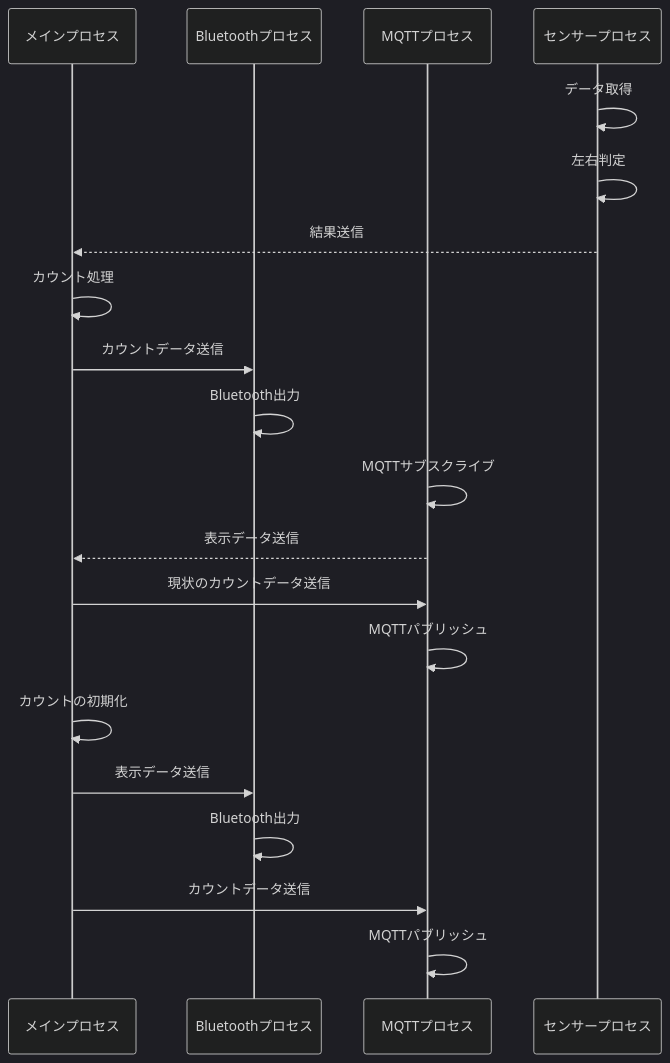
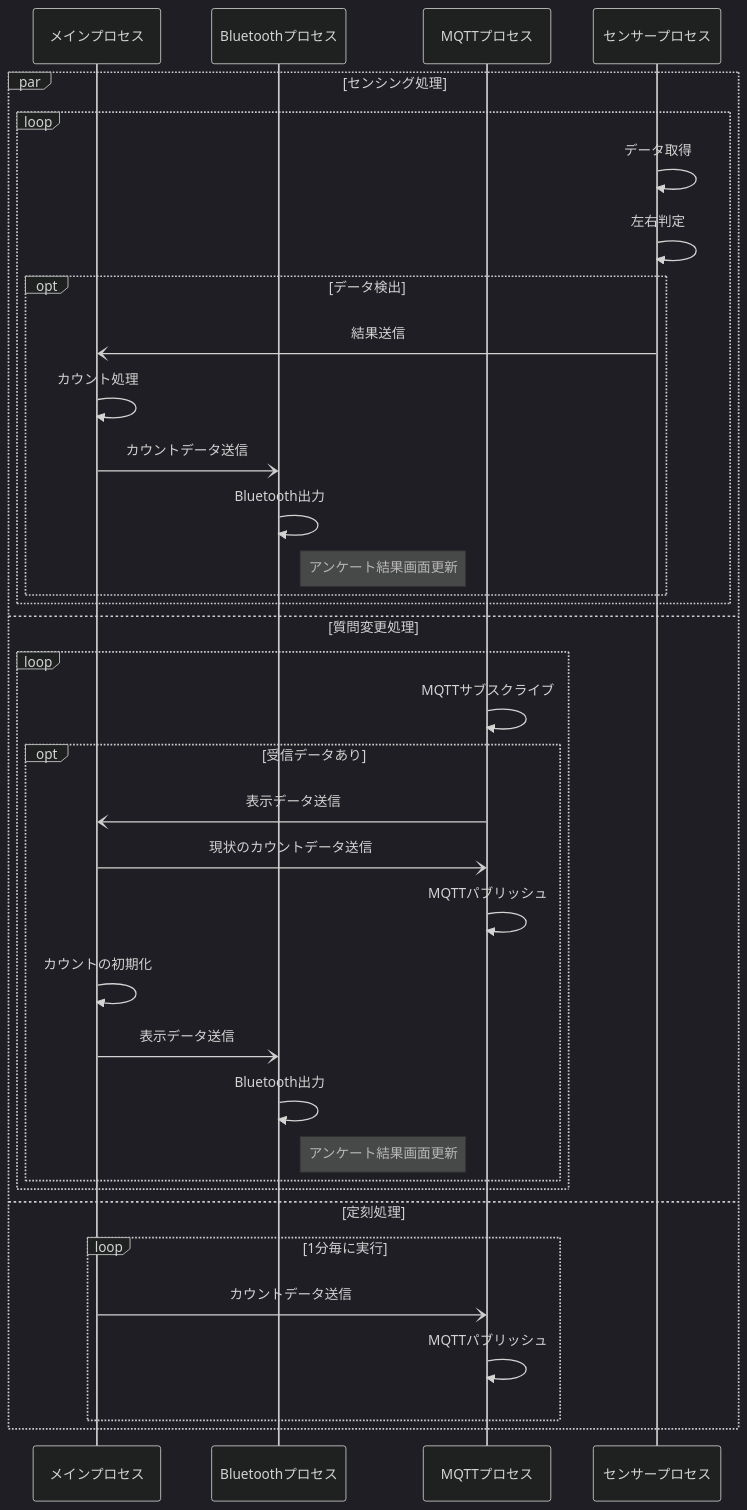
Before and after one commit to Hhelibebcnofne/escalator-enquete: the diagram in docs/spresense.md, drawn with Mermaid (dark theme).

Commit message:
feat: Update spresense.md to enhance sequence diagram with sensing and display processing loops

````diff
--- a/docs/spresense.md
+++ b/docs/spresense.md
@@ -3,22 +3,41 @@
 ```mermaid
 sequenceDiagram
     participant Main as メインプロセス
     participant Bt as Bluetoothプロセス
     participant Mqtt as MQTTプロセス
     participant Sensor as センサープロセス
-    Sensor ->> Sensor: データ取得
-    Sensor ->> Sensor: 左右判定
-    Sensor -->> Main: 結果送信
-    Main ->> Main: カウント処理
-    Main ->> Bt: カウントデータ送信
-    Bt ->> Bt: Bluetooth出力
-    Mqtt ->> Mqtt: MQTTサブスクライブ
-    Mqtt -->> Main: 表示データ送信
-    Main ->> Mqtt: 現状のカウントデータ送信
-    Mqtt ->> Mqtt: MQTTパブリッシュ
-    Main ->> Main: カウントの初期化
-    Main ->> Bt: 表示データ送信
-    Bt ->> Bt: Bluetooth出力
-    Main ->> Mqtt: カウントデータ送信
-    Mqtt ->> Mqtt: MQTTパブリッシュ
+
+    par センシング処理
+        loop
+            Sensor ->> Sensor: データ取得
+            Sensor ->> Sensor: 左右判定
+            opt データ検出
+                Sensor -) Main: 結果送信
+                Main ->> Main: カウント処理
+                Main -) Bt: カウントデータ送信
+                Bt ->> Bt: Bluetooth出力
+                Note right of Bt:アンケート結果画面更新
+            end
+        end
+
+    and 質問変更処理
+        loop
+            Mqtt ->> Mqtt: MQTTサブスクライブ
+            opt 受信データあり
+                Mqtt -) Main: 表示データ送信
+                Main -) Mqtt: 現状のカウントデータ送信
+                Mqtt ->> Mqtt: MQTTパブリッシュ
+                Main ->> Main: カウントの初期化
+                Main -) Bt: 表示データ送信
+                Bt ->> Bt: Bluetooth出力
+                Note right of Bt:アンケート結果画面更新
+            end
+        end
+    and  定刻処理
+        loop 1分毎に実行
+            Main -) Mqtt: カウントデータ送信
+            Mqtt ->> Mqtt: MQTTパブリッシュ
+        end
+
+    end
 ```
````
